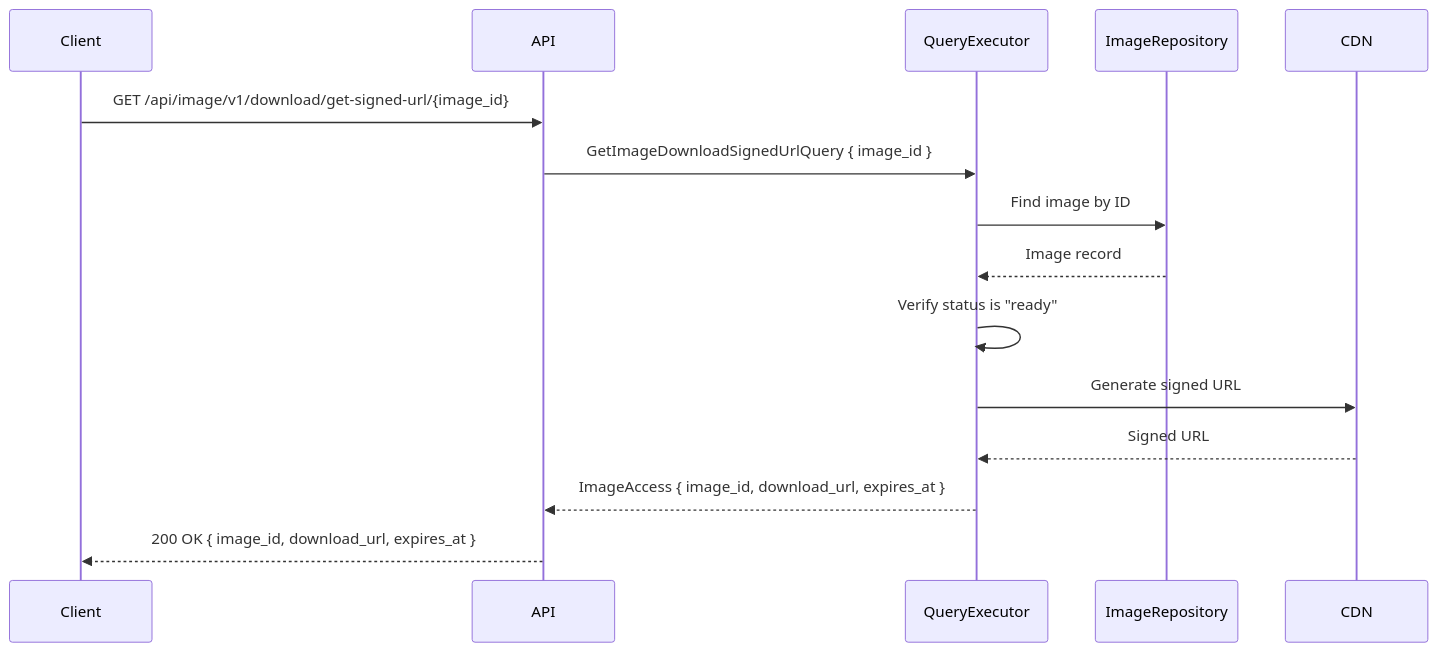
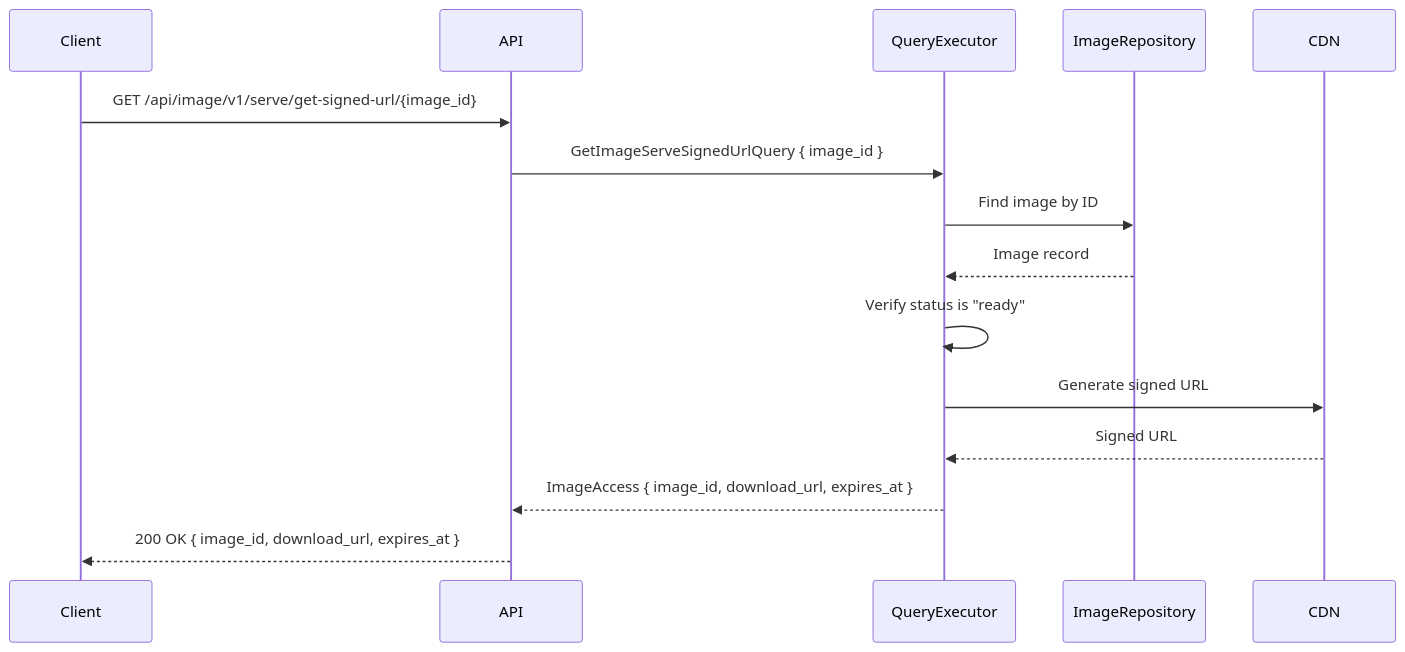
One commit to PeppyDays/media changed the second of 3 diagrams in docs/proposals/0001_image_management/PRD.md. Above: the diagram before and after it, drawn with Mermaid. The commit also changed other lines of this file and 6 other files, not shown here.

First line of the commit message:
docs: rename upload/download to ingest/serve for server-side terminology

````diff
--- a/docs/proposals/0001_image_management/PRD.md
+++ b/docs/proposals/0001_image_management/PRD.md
@@ -148,18 +148,18 @@
 ```mermaid
 sequenceDiagram
     participant Client
     participant API
     participant QueryExecutor
     participant ImageRepository
     participant CDN
 
-    Client->>API: GET /api/image/v1/download/get-signed-url/{image_id}
-    API->>QueryExecutor: GetImageDownloadSignedUrlQuery { image_id }
+    Client->>API: GET /api/image/v1/serve/get-signed-url/{image_id}
+    API->>QueryExecutor: GetImageServeSignedUrlQuery { image_id }
     QueryExecutor->>ImageRepository: Find image by ID
     ImageRepository-->>QueryExecutor: Image record
     QueryExecutor->>QueryExecutor: Verify status is "ready"
     QueryExecutor->>CDN: Generate signed URL
     CDN-->>QueryExecutor: Signed URL
     QueryExecutor-->>API: ImageAccess { image_id, download_url, expires_at }
     API-->>Client: 200 OK { image_id, download_url, expires_at }
 ```
````
